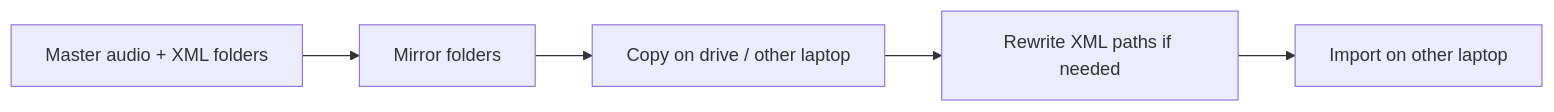
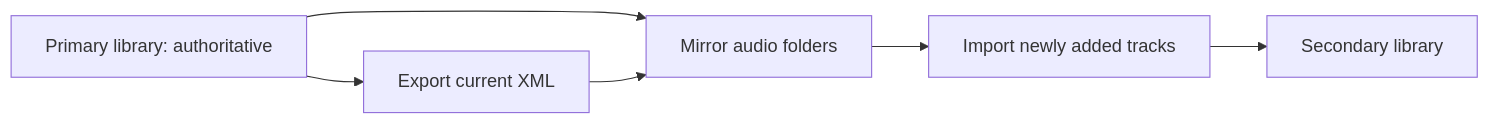
One commit to beathvn/Song-Manager changed the third of 6 diagrams in docs/00 Overview.md. Above: the diagram before and after it, drawn with Mermaid. The commit also changed other lines of this file and 14 other files, not shown here.

````diff
--- a/docs/00 Overview.md
+++ b/docs/00 Overview.md
@@ -55,7 +48,8 @@
 ```mermaid
 flowchart LR
-    Master[Master audio + XML folders] --> Mirror[Mirror folders]
-    Mirror --> Copy[Copy on drive / other laptop]
-    Copy --> Paths[Rewrite XML paths if needed]
-    Paths --> Import[Import on other laptop]
+    Primary[Primary library: authoritative] --> Export[Export current XML]
+    Primary --> Mirror[Mirror audio folders]
+    Export --> Mirror
+    Mirror --> NewTracks[Import newly added tracks]
+    NewTracks --> Secondary[Secondary library]
 ```
````
